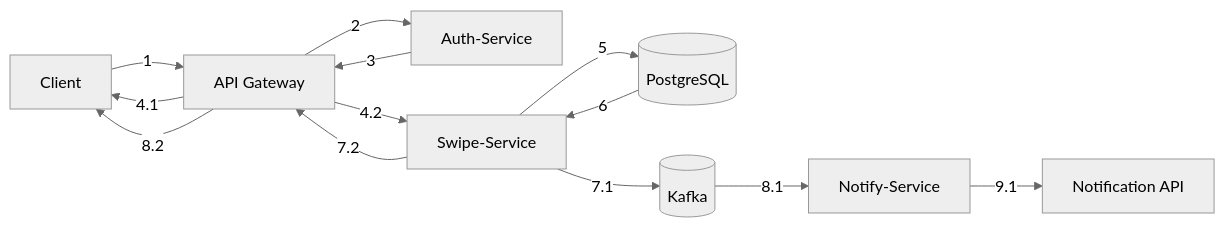
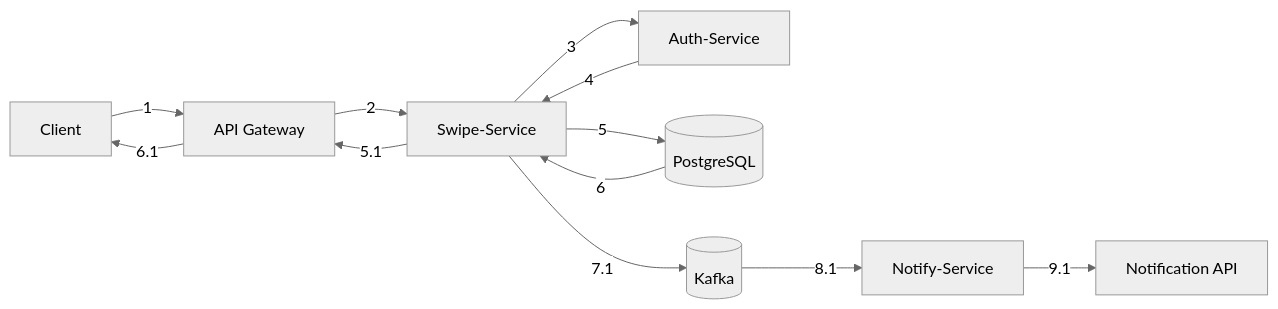
Before and after one commit to isOdin-l/TinderArt: the ninth of 9 diagrams in docs/workflow-simple.md, drawn with Mermaid (neutral theme). The commit also changed other lines of this file and 5 other files, not shown here.

Commit message:
docs: updated workflow, architecture, structures docs

````diff
--- a/docs/workflow-simple.md
+++ b/docs/workflow-simple.md
@@ -265,22 +224,19 @@
 ```mermaid
 flowchart LR
 
 Client["Client"]
 Gateway["API Gateway"]
 Auth["Auth-Service"]
 Swipe["Swipe-Service"]
 DB_Swipe[("PostgreSQL")]
 Kafka[("Kafka")]
 Notify["Notify-Service"]
 ExternalAPI["Notification API"]
 
-Client -->|1| Gateway -->|2| Auth -->|3| Gateway
+Client -->|1| Gateway -->|2| Swipe-->|3| Auth-->|4| Swipe 
+Swipe-->|5.1| Gateway -->|6.1| Client
 
-Gateway -->|4.1| Client
-Gateway -->|4.2| Swipe -->|5| DB_Swipe
-
-DB_Swipe -->|6| Swipe 
+Swipe -->|5| DB_Swipe-->|6| Swipe 
 Swipe -->|7.1| Kafka -->|8.1| Notify -->|9.1| ExternalAPI
 
-Swipe -->|7.2| Gateway -->|8.2| Client
 ```
````
